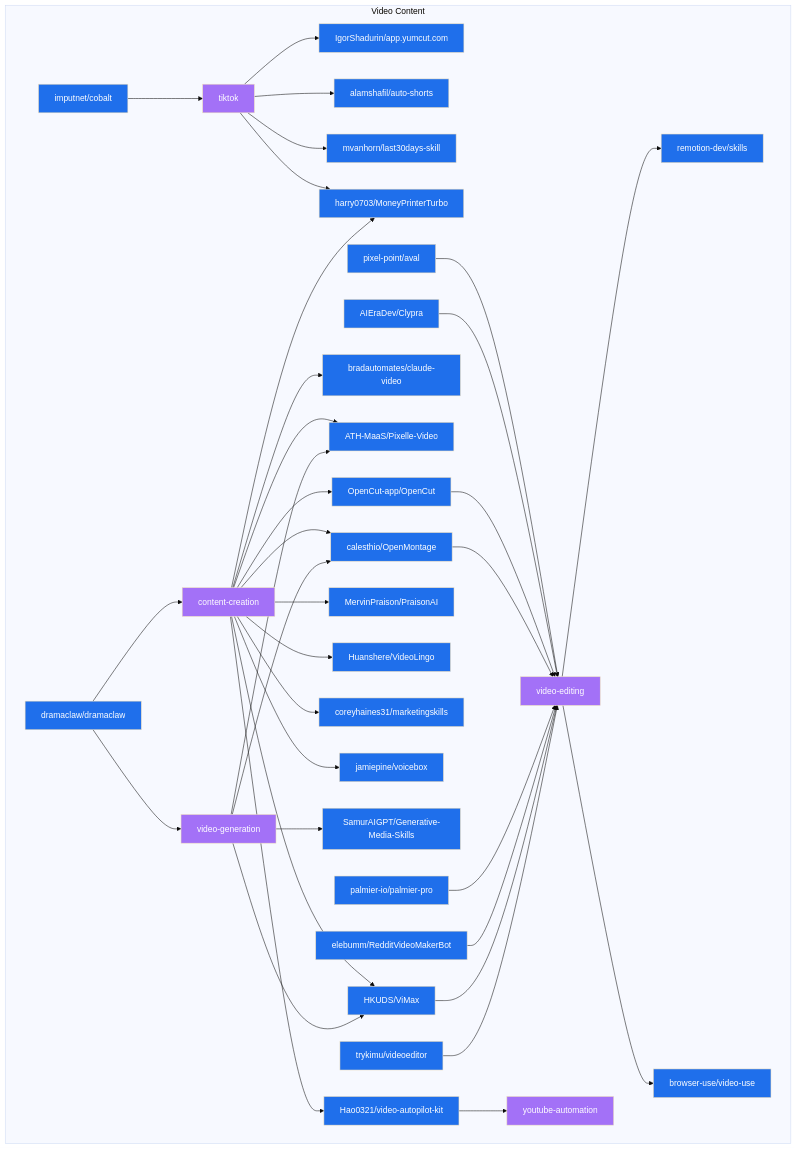
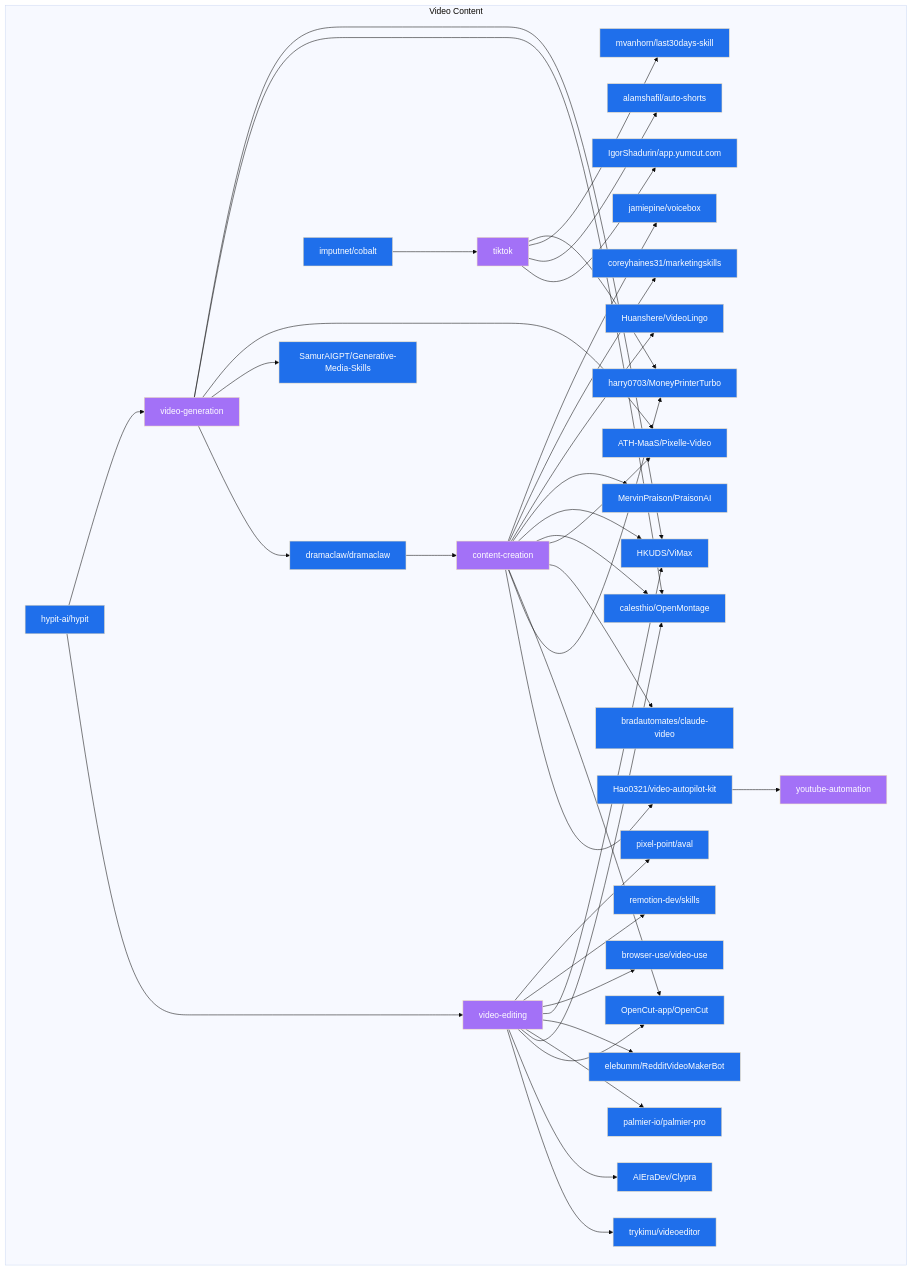
One commit to Meru143/star-graph changed the diagram in data/star_graph_video_content.mermaid. Above: the diagram before and after it, drawn with Mermaid (base theme). The commit also changed 15 other files, not shown here.

Commit message:
chore: weekly star graph update 2026-09-21

```diff
--- a/data/star_graph_video_content.mermaid
+++ b/data/star_graph_video_content.mermaid
@@ -1,70 +1,73 @@
 graph TD
   subgraph video_content ["Video Content"]
+    jamiepine_voicebox["jamiepine/voicebox"]:::repo
+    imputnet_cobalt["imputnet/cobalt"]:::repo
+    alamshafil_auto_shorts["alamshafil/auto-shorts"]:::repo
+    hypit_ai_hypit["hypit-ai/hypit"]:::repo
+    dramaclaw_dramaclaw["dramaclaw/dramaclaw"]:::repo
+    elebumm_RedditVideoMakerBot["elebumm/RedditVideoMakerBot"]:::repo
+    youtube_automation["youtube-automation"]:::topic
+    Huanshere_VideoLingo["Huanshere/VideoLingo"]:::repo
+    SamurAIGPT_Generative_Media_Skills["SamurAIGPT/Generative-Media-Skills"]:::repo
+    content_creation["content-creation"]:::topic
+    trykimu_videoeditor["trykimu/videoeditor"]:::repo
+    tiktok["tiktok"]:::topic
+    HKUDS_ViMax["HKUDS/ViMax"]:::repo
+    ATH_MaaS_Pixelle_Video["ATH-MaaS/Pixelle-Video"]:::repo
+    harry0703_MoneyPrinterTurbo["harry0703/MoneyPrinterTurbo"]:::repo
+    palmier_io_palmier_pro["palmier-io/palmier-pro"]:::repo
+    coreyhaines31_marketingskills["coreyhaines31/marketingskills"]:::repo
+    Hao0321_video_autopilot_kit["Hao0321/video-autopilot-kit"]:::repo
+    video_editing["video-editing"]:::topic
+    OpenCut_app_OpenCut["OpenCut-app/OpenCut"]:::repo
+    AIEraDev_Clypra["AIEraDev/Clypra"]:::repo
     remotion_dev_skills["remotion-dev/skills"]:::repo
+    video_generation["video-generation"]:::topic
+    MervinPraison_PraisonAI["MervinPraison/PraisonAI"]:::repo
+    pixel_point_aval["pixel-point/aval"]:::repo
+    calesthio_OpenMontage["calesthio/OpenMontage"]:::repo
+    browser_use_video_use["browser-use/video-use"]:::repo
+    bradautomates_claude_video["bradautomates/claude-video"]:::repo
+    IgorShadurin_app_yumcut_com["IgorShadurin/app.yumcut.com"]:::repo
     mvanhorn_last30days_skill["mvanhorn/last30days-skill"]:::repo
-    elebumm_RedditVideoMakerBot["elebumm/RedditVideoMakerBot"]:::repo
-    harry0703_MoneyPrinterTurbo["harry0703/MoneyPrinterTurbo"]:::repo
-    calesthio_OpenMontage["calesthio/OpenMontage"]:::repo
-    imputnet_cobalt["imputnet/cobalt"]:::repo
-    palmier_io_palmier_pro["palmier-io/palmier-pro"]:::repo
-    OpenCut_app_OpenCut["OpenCut-app/OpenCut"]:::repo
-    trykimu_videoeditor["trykimu/videoeditor"]:::repo
-    content_creation["content-creation"]:::topic
-    HKUDS_ViMax["HKUDS/ViMax"]:::repo
-    AIEraDev_Clypra["AIEraDev/Clypra"]:::repo
-    tiktok["tiktok"]:::topic
-    video_generation["video-generation"]:::topic
-    video_editing["video-editing"]:::topic
-    coreyhaines31_marketingskills["coreyhaines31/marketingskills"]:::repo
-    browser_use_video_use["browser-use/video-use"]:::repo
-    Hao0321_video_autopilot_kit["Hao0321/video-autopilot-kit"]:::repo
-    jamiepine_voicebox["jamiepine/voicebox"]:::repo
-    MervinPraison_PraisonAI["MervinPraison/PraisonAI"]:::repo
-    alamshafil_auto_shorts["alamshafil/auto-shorts"]:::repo
-    dramaclaw_dramaclaw["dramaclaw/dramaclaw"]:::repo
-    bradautomates_claude_video["bradautomates/claude-video"]:::repo
-    Huanshere_VideoLingo["Huanshere/VideoLingo"]:::repo
-    pixel_point_aval["pixel-point/aval"]:::repo
-    ATH_MaaS_Pixelle_Video["ATH-MaaS/Pixelle-Video"]:::repo
-    IgorShadurin_app_yumcut_com["IgorShadurin/app.yumcut.com"]:::repo
-    youtube_automation["youtube-automation"]:::topic
-    SamurAIGPT_Generative_Media_Skills["SamurAIGPT/Generative-Media-Skills"]:::repo
   end
+  hypit_ai_hypit --> video_editing
+  hypit_ai_hypit --> video_generation
+  video_editing --> trykimu_videoeditor
+  video_editing --> AIEraDev_Clypra
+  video_editing --> OpenCut_app_OpenCut
+  video_editing --> calesthio_OpenMontage
+  video_editing --> palmier_io_palmier_pro
+  video_editing --> elebumm_RedditVideoMakerBot
+  video_editing --> HKUDS_ViMax
+  video_editing --> browser_use_video_use
+  video_editing --> remotion_dev_skills
+  video_editing --> pixel_point_aval
+  video_generation --> dramaclaw_dramaclaw
+  video_generation --> SamurAIGPT_Generative_Media_Skills
+  video_generation --> ATH_MaaS_Pixelle_Video
+  video_generation --> calesthio_OpenMontage
+  video_generation --> HKUDS_ViMax
   imputnet_cobalt --> tiktok
   tiktok --> IgorShadurin_app_yumcut_com
   tiktok --> alamshafil_auto_shorts
   tiktok --> mvanhorn_last30days_skill
   tiktok --> harry0703_MoneyPrinterTurbo
   dramaclaw_dramaclaw --> content_creation
-  dramaclaw_dramaclaw --> video_generation
   content_creation --> Hao0321_video_autopilot_kit
   content_creation --> harry0703_MoneyPrinterTurbo
   content_creation --> OpenCut_app_OpenCut
   content_creation --> bradautomates_claude_video
   content_creation --> ATH_MaaS_Pixelle_Video
   content_creation --> calesthio_OpenMontage
   content_creation --> HKUDS_ViMax
   content_creation --> MervinPraison_PraisonAI
   content_creation --> Huanshere_VideoLingo
   content_creation --> coreyhaines31_marketingskills
   content_creation --> jamiepine_voicebox
-  video_generation --> SamurAIGPT_Generative_Media_Skills
-  video_generation --> ATH_MaaS_Pixelle_Video
-  video_generation --> calesthio_OpenMontage
-  video_generation --> HKUDS_ViMax
-  pixel_point_aval --> video_editing
-  AIEraDev_Clypra --> video_editing
   Hao0321_video_autopilot_kit --> youtube_automation
-  OpenCut_app_OpenCut --> video_editing
-  calesthio_OpenMontage --> video_editing
-  palmier_io_palmier_pro --> video_editing
-  elebumm_RedditVideoMakerBot --> video_editing
-  HKUDS_ViMax --> video_editing
-  trykimu_videoeditor --> video_editing
-  video_editing --> browser_use_video_use
-  video_editing --> remotion_dev_skills
   classDef repo fill:#1f6feb,color:#fff;
   classDef topic fill:#a371f7,color:#fff;
   classDef technology fill:#3fb950,color:#fff;
   classDef use_case fill:#d29922,color:#fff;
   classDef architecture fill:#f85149,color:#fff;
```
